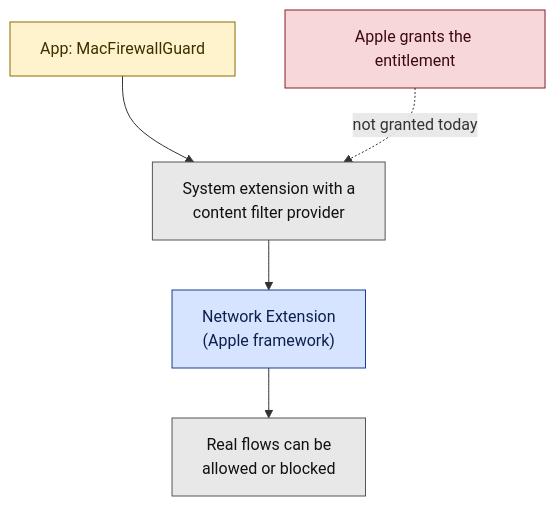
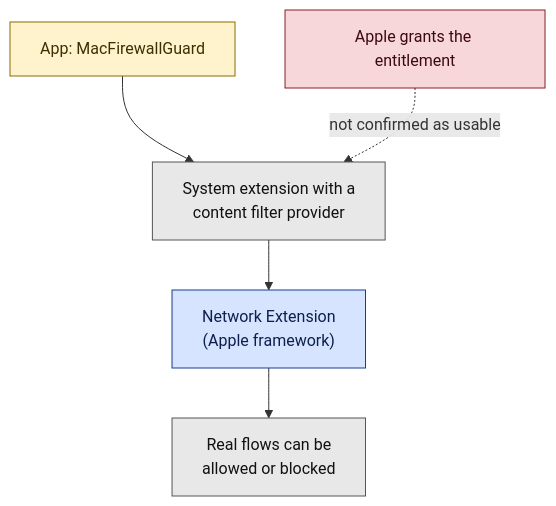
The diagram in docs/wiki/diagrams/networkext-gap.mmd (MacGuard/macguard-yara-channel), drawn with Mermaid before and after one commit. The commit also changed 25 other files, not shown here.

```diff
--- a/docs/wiki/diagrams/networkext-gap.mmd
+++ b/docs/wiki/diagrams/networkext-gap.mmd
@@ -1,9 +1,9 @@
 flowchart TB
   APP["App: MacFirewallGuard"]:::dev --> SE["System extension with a<br/>content filter provider"]:::plan
   SE --> NE["Network Extension<br/>(Apple framework)"]:::ext
-  APPLE["Apple grants the entitlement"]:::blocked -. "not granted today" .-> SE
+  APPLE["Apple grants the entitlement"]:::blocked -. "not confirmed as usable" .-> SE
   NE --> FL["Real flows can be<br/>allowed or blocked"]:::plan
   classDef dev fill:#fff3cd,stroke:#8a6d00,color:#3d2f00
   classDef plan fill:#e8e8e8,stroke:#555555,color:#111111
   classDef ext fill:#d6e4ff,stroke:#1a3d8f,color:#0d1f4d
   classDef blocked fill:#f8d7da,stroke:#842029,color:#3b0a10
```
